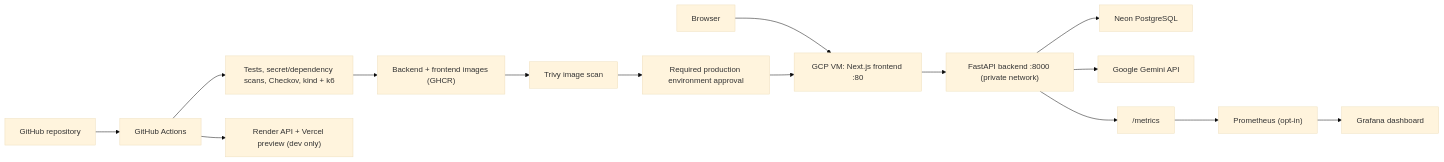
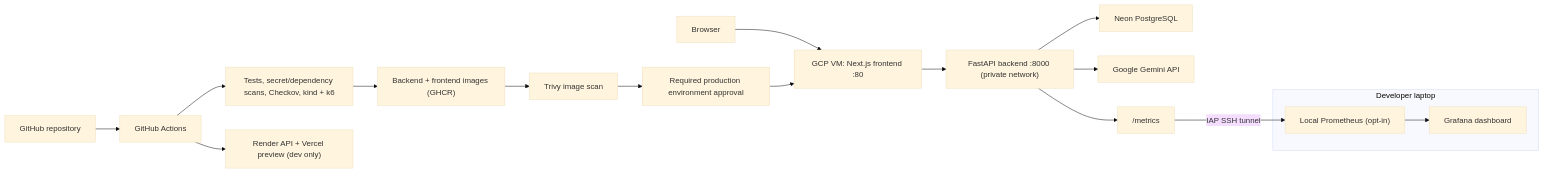
The diagram in README.md (Ssaiyajin/careerops), drawn with Mermaid (base theme) before and after one commit. The commit also changed other lines of this file and 7 other files, not shown here.

Commit message:
docs: finalize CareerOps architecture and operations

````diff
--- a/README.md
+++ b/README.md
@@ -76,18 +76,22 @@
 ```mermaid
 flowchart LR
     Browser --> VM["GCP VM: Next.js frontend :80"]
     VM --> API["FastAPI backend :8000 (private network)"]
     API --> Database["Neon PostgreSQL"]
     API --> Gemini["Google Gemini API"]
     API --> Metrics["/metrics"]
-    Metrics --> Prometheus["Prometheus (opt-in)"]
+    Metrics -->|IAP SSH tunnel| Prometheus["Local Prometheus (opt-in)"]
     Prometheus --> Grafana["Grafana dashboard"]
+    subgraph Laptop["Developer laptop"]
+        Prometheus
+        Grafana
+    end
 
     Repo["GitHub repository"] --> Actions["GitHub Actions"]
     Actions --> Checks["Tests, secret/dependency scans, Checkov, kind + k6"]
     Checks --> Images["Backend + frontend images (GHCR)"]
     Images --> Scan["Trivy image scan"]
     Scan --> Approval["Required production environment approval"]
     Approval --> VM
     Actions --> Dev["Render API + Vercel preview (dev only)"]
 ```
````
